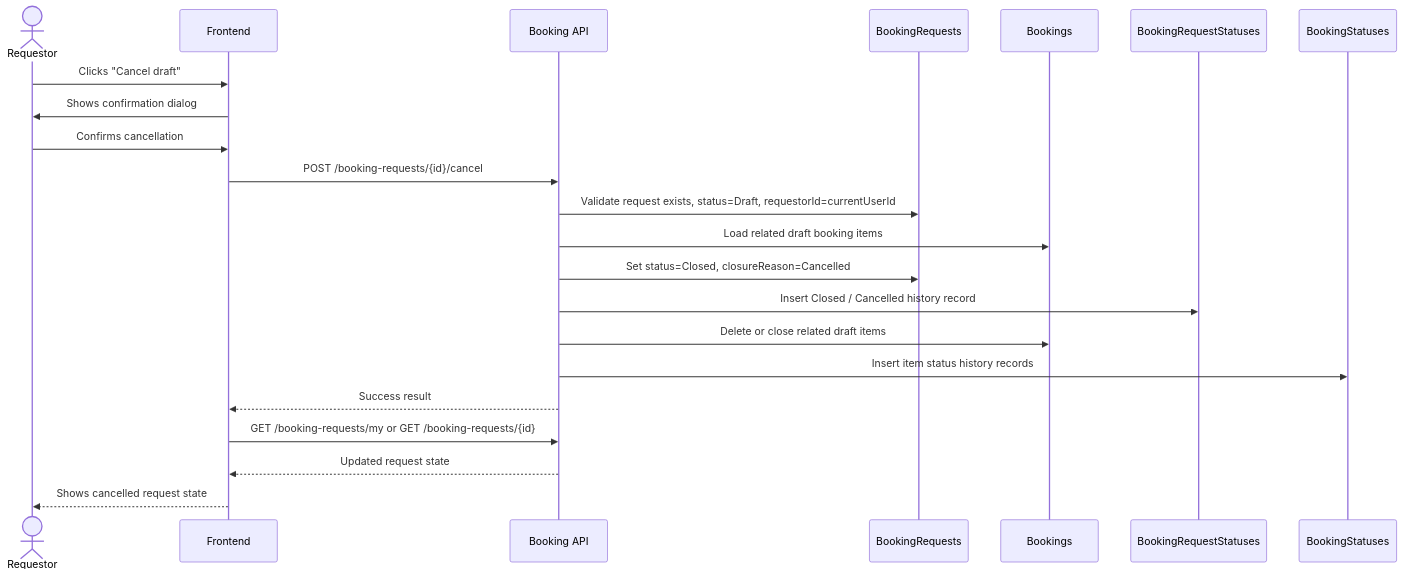
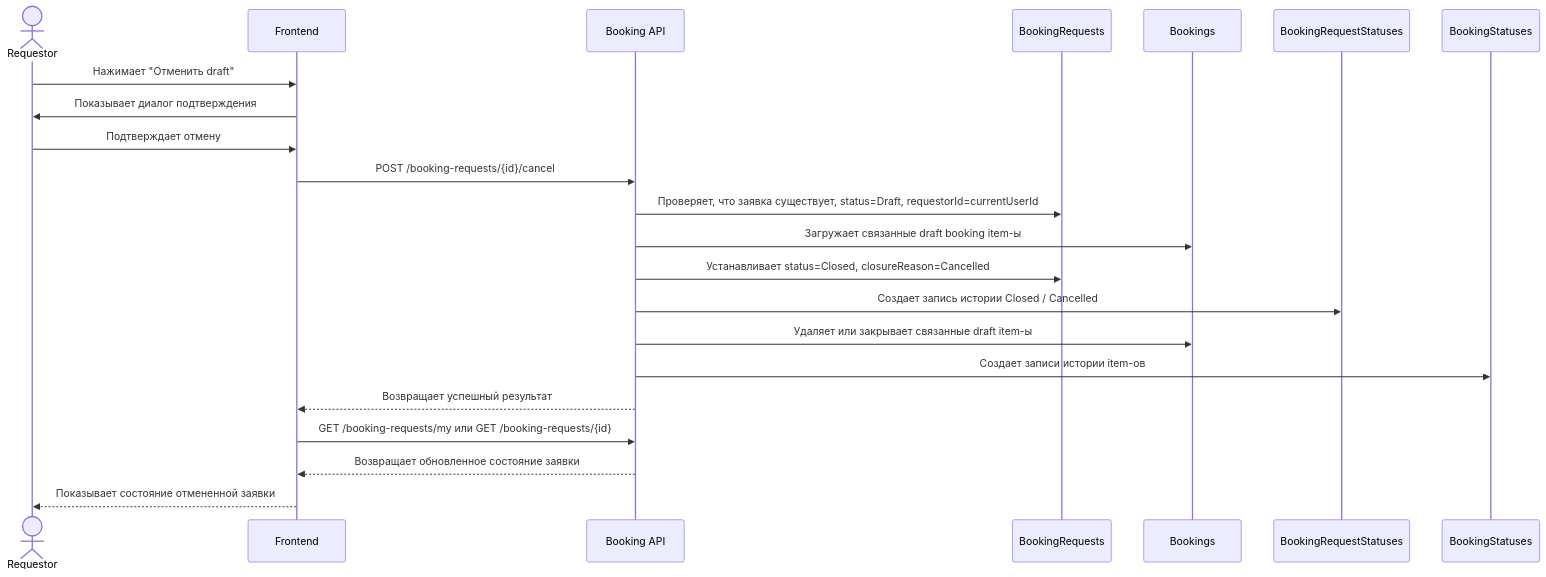
Before and after one commit to aliqank/wiki: the diagram in wiki/requirements/usecases/Requestor/UC-REQ-03 - Отмена draft-заявки requestor-ом.md, drawn with Mermaid. The commit also changed 12 other files, not shown here.

Commit message:
docs(booking): add requestor sequence diagrams

````diff
--- a/wiki/requirements/usecases/Requestor/UC-REQ-03 - Отмена draft-заявки requestor-ом.md
+++ b/wiki/requirements/usecases/Requestor/UC-REQ-03 - Отмена draft-заявки requestor-ом.md
@@ -46,25 +46,25 @@
 ```mermaid
 sequenceDiagram
     actor Requestor
     participant Frontend
     participant BookingAPI as Booking API
     participant BookingRequests
     participant Bookings
     participant BookingRequestStatuses
     participant BookingStatuses
 
-    Requestor->>Frontend: Clicks "Cancel draft"
-    Frontend->>Requestor: Shows confirmation dialog
-    Requestor->>Frontend: Confirms cancellation
+    Requestor->>Frontend: Нажимает "Отменить draft"
+    Frontend->>Requestor: Показывает диалог подтверждения
+    Requestor->>Frontend: Подтверждает отмену
     Frontend->>BookingAPI: POST /booking-requests/{id}/cancel
-    BookingAPI->>BookingRequests: Validate request exists, status=Draft, requestorId=currentUserId
-    BookingAPI->>Bookings: Load related draft booking items
-    BookingAPI->>BookingRequests: Set status=Closed, closureReason=Cancelled
-    BookingAPI->>BookingRequestStatuses: Insert Closed / Cancelled history record
-    BookingAPI->>Bookings: Delete or close related draft items
-    BookingAPI->>BookingStatuses: Insert item status history records
-    BookingAPI-->>Frontend: Success result
-    Frontend->>BookingAPI: GET /booking-requests/my or GET /booking-requests/{id}
-    BookingAPI-->>Frontend: Updated request state
-    Frontend-->>Requestor: Shows cancelled request state
+    BookingAPI->>BookingRequests: Проверяет, что заявка существует, status=Draft, requestorId=currentUserId
+    BookingAPI->>Bookings: Загружает связанные draft booking item-ы
+    BookingAPI->>BookingRequests: Устанавливает status=Closed, closureReason=Cancelled
+    BookingAPI->>BookingRequestStatuses: Создает запись истории Closed / Cancelled
+    BookingAPI->>Bookings: Удаляет или закрывает связанные draft item-ы
+    BookingAPI->>BookingStatuses: Создает записи истории item-ов
+    BookingAPI-->>Frontend: Возвращает успешный результат
+    Frontend->>BookingAPI: GET /booking-requests/my или GET /booking-requests/{id}
+    BookingAPI-->>Frontend: Возвращает обновленное состояние заявки
+    Frontend-->>Requestor: Показывает состояние отмененной заявки
 ```
````
